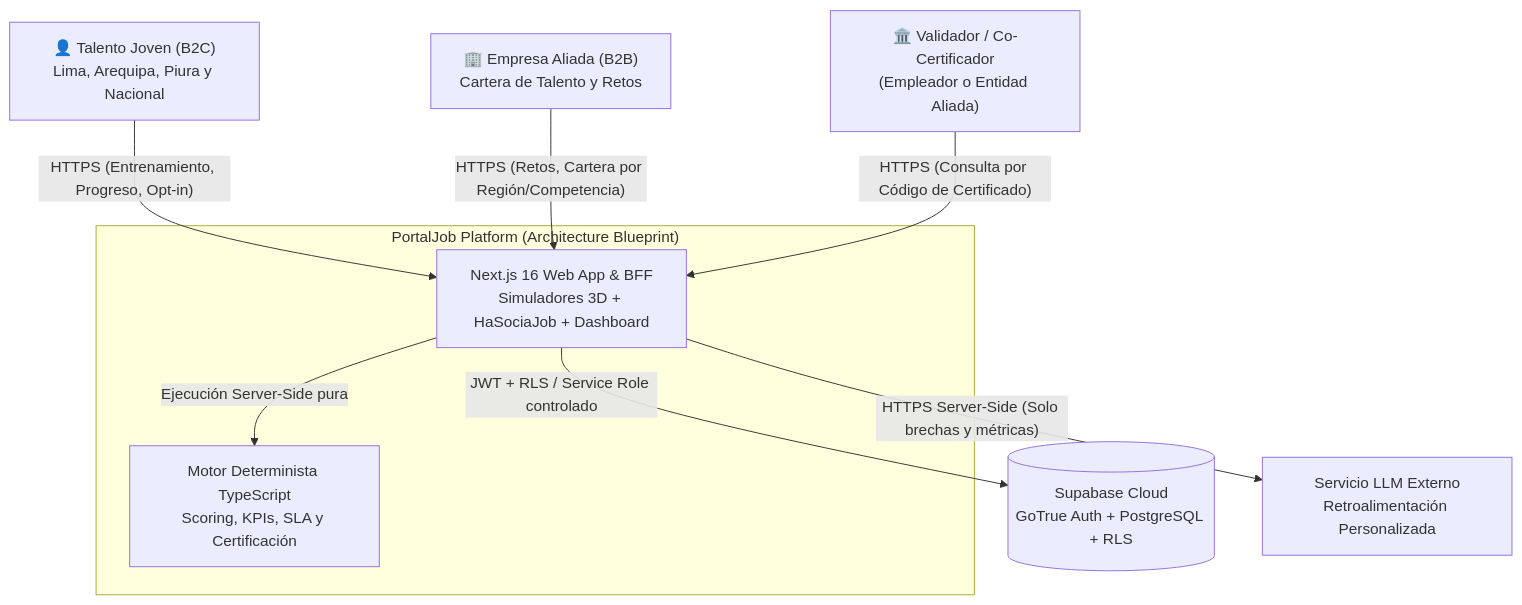
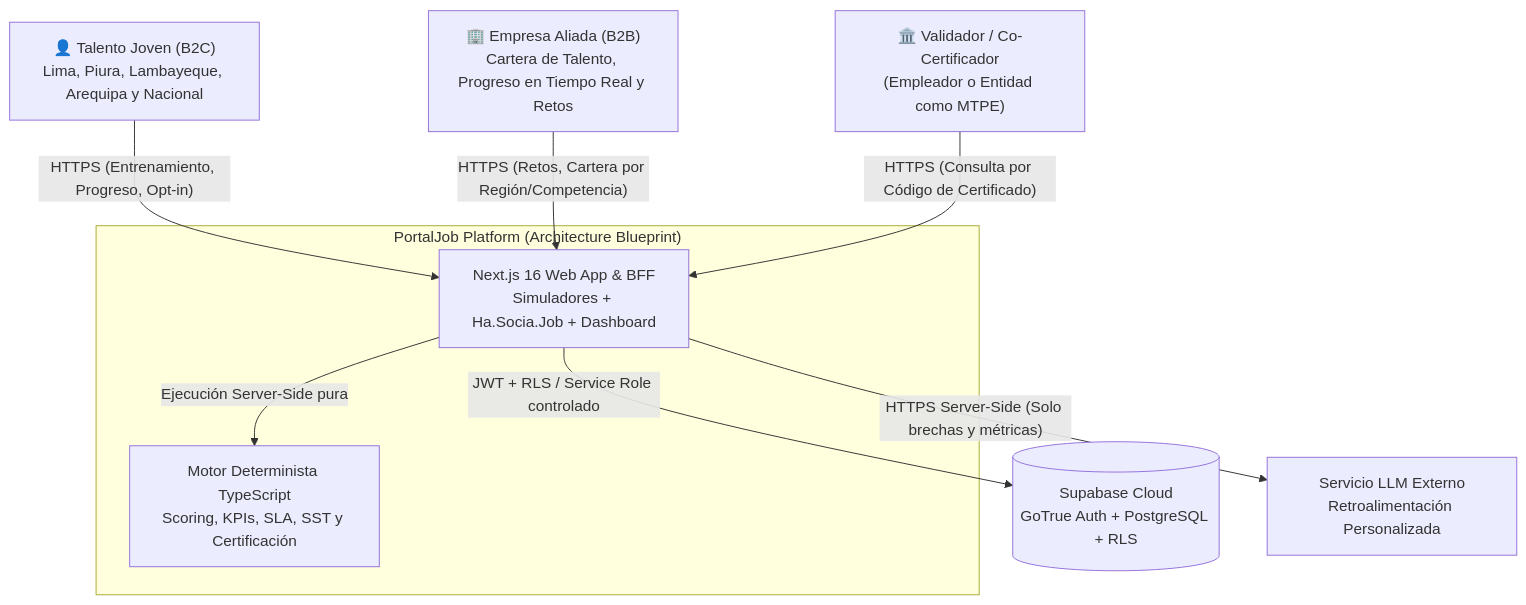
The first of 2 diagrams in docs/ARCHITECTURE.md (waxmorales/portal-job), drawn with Mermaid before and after one commit. The commit also changed other lines of this file and 7 other files, not shown here.

Commit message:
docs(architecture): integrate Ideaton INEI/MTPE research, ManPowerGroup regions, Ley 29733, and ADR-005 stack evolution

````diff
--- a/docs/ARCHITECTURE.md
+++ b/docs/ARCHITECTURE.md
@@ -11,21 +11,21 @@
 ```mermaid
 flowchart TB
-    CAND["👤 Talento Joven (B2C)<br/>Lima, Arequipa, Piura y Nacional"]
-    PARTNER["🏢 Empresa Aliada (B2B)<br/>Cartera de Talento y Retos"]
-    VERIFIER["🏛️ Validador / Co-Certificador<br/>(Empleador o Entidad Aliada)"]
+    CAND["👤 Talento Joven (B2C)<br/>Lima, Piura, Lambayeque, Arequipa y Nacional"]
+    PARTNER["🏢 Empresa Aliada (B2B)<br/>Cartera de Talento, Progreso en Tiempo Real y Retos"]
+    VERIFIER["🏛️ Validador / Co-Certificador<br/>(Empleador o Entidad como MTPE)"]
 
     subgraph PJ["PortalJob Platform (Architecture Blueprint)"]
-        APP["Next.js 16 Web App & BFF<br/>Simuladores 3D + HaSociaJob + Dashboard"]
-        ENG["Motor Determinista TypeScript<br/>Scoring, KPIs, SLA y Certificación"]
+        APP["Next.js 16 Web App & BFF<br/>Simuladores + Ha.Socia.Job + Dashboard"]
+        ENG["Motor Determinista TypeScript<br/>Scoring, KPIs, SLA, SST y Certificación"]
     end
 
     SUPA[("Supabase Cloud<br/>GoTrue Auth + PostgreSQL + RLS")]
     LLM["Servicio LLM Externo<br/>Retroalimentación Personalizada"]
 
     CAND -->|"HTTPS (Entrenamiento, Progreso, Opt-in)"| APP
     PARTNER -->|"HTTPS (Retos, Cartera por Región/Competencia)"| APP
     VERIFIER -->|"HTTPS (Consulta por Código de Certificado)"| APP
     APP -->|"Ejecución Server-Side pura"| ENG
     APP -->|"JWT + RLS / Service Role controlado"| SUPA
     APP -->|"HTTPS Server-Side (Solo brechas y métricas)"| LLM
 ```
````
